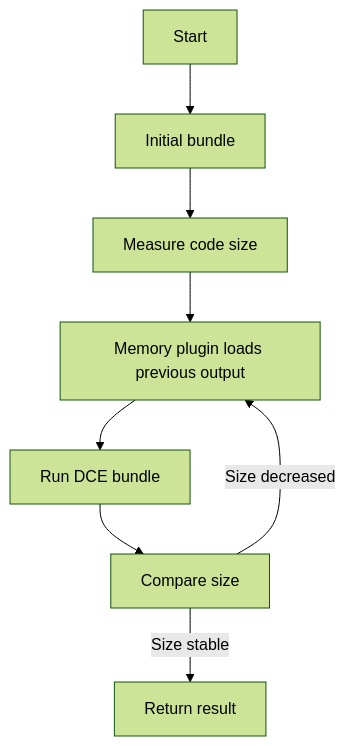
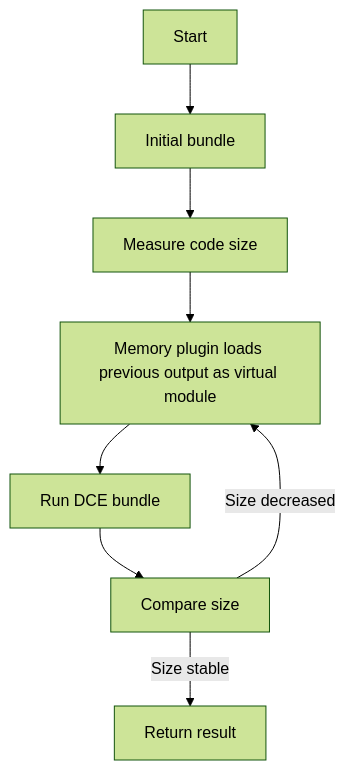
One commit to webc-site/npm changed the diagram in rolldown/readme/en/README.md. Above: the diagram before and after it, drawn with Mermaid (forest theme). The commit also changed other lines of this file and 4 other files, not shown here.

````diff
--- a/rolldown/readme/en/README.md
+++ b/rolldown/readme/en/README.md
@@ -38,10 +47,10 @@
 ```mermaid
 graph TD
     A[Start] --> B[Initial bundle]
     B --> C[Measure code size]
-    C --> D[Memory plugin loads previous output]
+    C --> D[Memory plugin loads previous output as virtual module]
     D --> E[Run DCE bundle]
     E --> F[Compare size]
     F -->|Size decreased| D
     F -->|Size stable| G[Return result]
 ```
````
